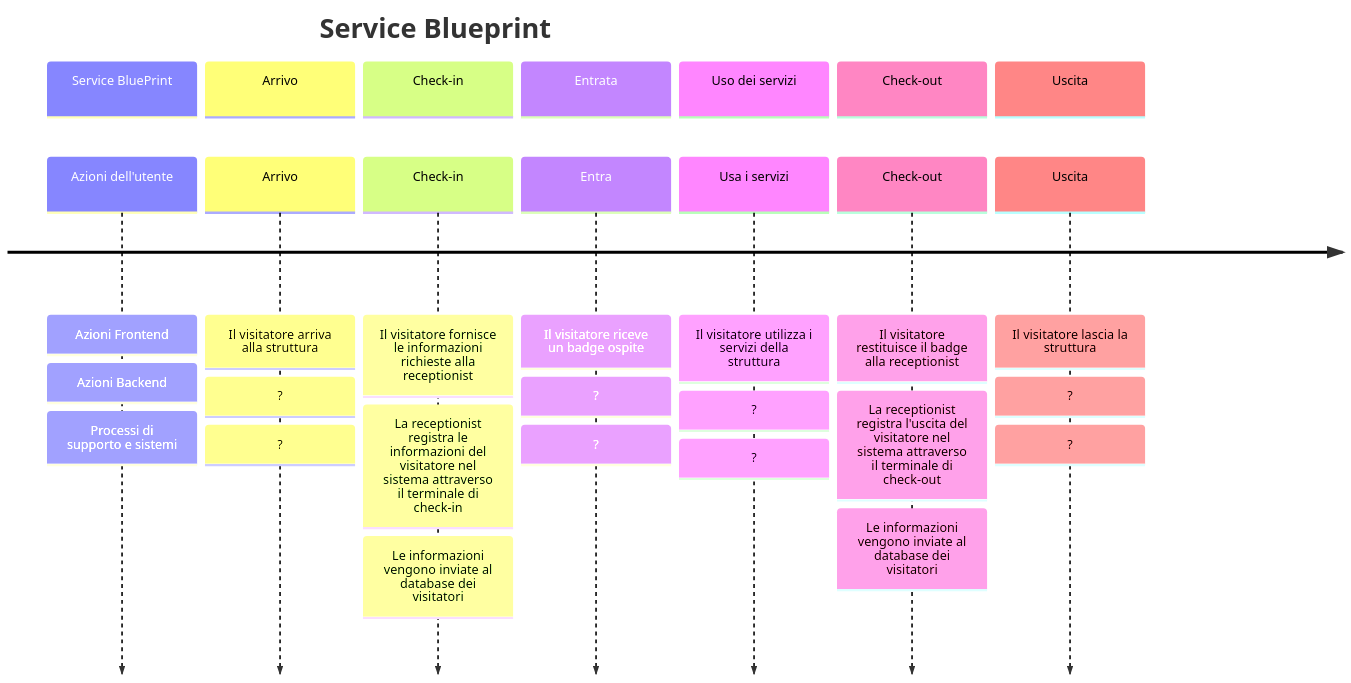
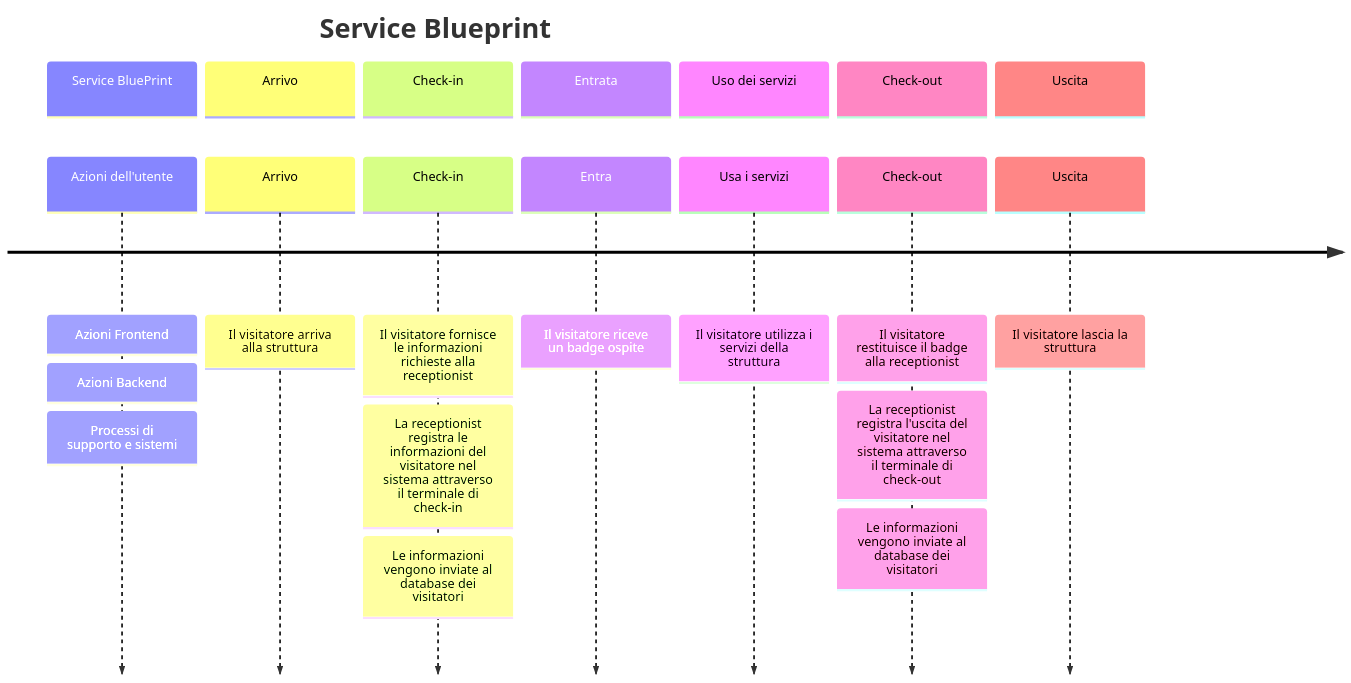
Before and after one commit to gerardocipriano/VisiTrack-VisitorManagement: the second of 2 diagrams in discovery.md, drawn with Mermaid. The commit also changed other lines of this file, not shown here.

````diff
--- a/discovery.md
+++ b/discovery.md
@@ -75,19 +80,19 @@
 ```mermaid
 timeline
        title Service Blueprint
        section Service BluePrint
            Azioni dell'utente : Azioni Frontend : Azioni Backend : Processi di supporto e sistemi
        section Arrivo
-           Arrivo : Il visitatore arriva alla struttura : ? : ?
+           Arrivo : Il visitatore arriva alla struttura
        section Check-in
            Check-in : Il visitatore fornisce le informazioni richieste alla receptionist : La receptionist registra le informazioni del visitatore nel sistema attraverso il terminale di check-in : Le informazioni vengono inviate al database dei visitatori
        section Entrata
-           Entra : Il visitatore riceve un badge ospite : ? : ?
+           Entra : Il visitatore riceve un badge ospite
        section Uso dei servizi
-           Usa i servizi : Il visitatore utilizza i servizi della struttura : ? : ?
+           Usa i servizi : Il visitatore utilizza i servizi della struttura
        section Check-out
            Check-out : Il visitatore restituisce il badge alla receptionist : La receptionist registra l'uscita del visitatore nel sistema attraverso il terminale di check-out : Le informazioni vengono inviate al database dei visitatori
        section Uscita
-           Uscita : Il visitatore lascia la struttura : ? : ?
+           Uscita : Il visitatore lascia la struttura
 
 ```
````
